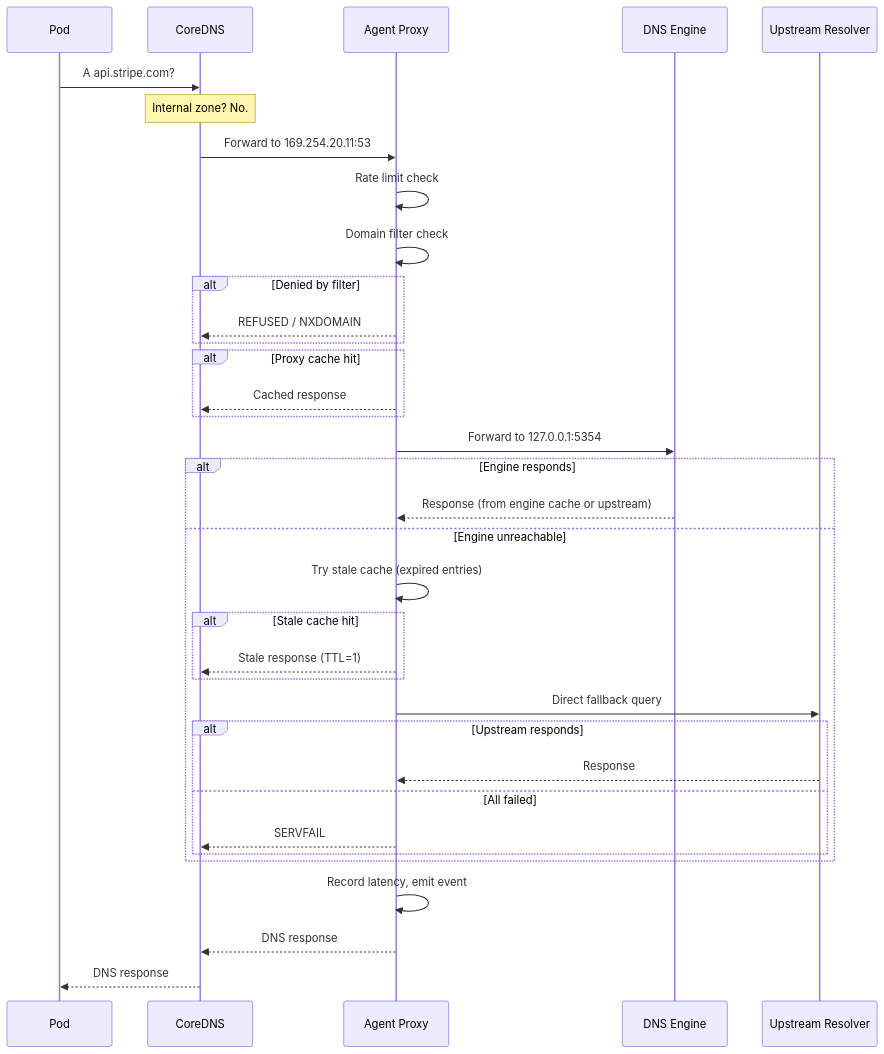
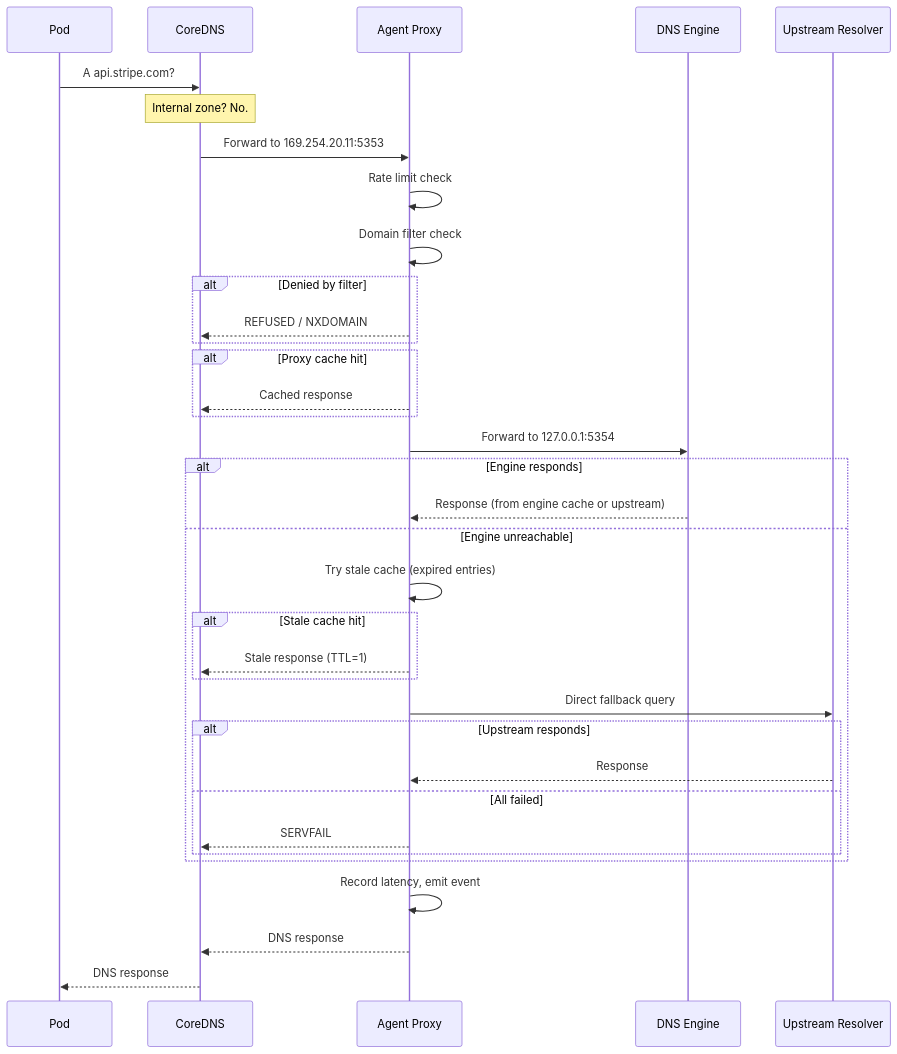
One commit to astradns/astradns-site changed the diagram in docs/en/architecture/data-path.md. Above: the diagram before and after it, drawn with Mermaid. The commit also changed other lines of this file and 47 other files, not shown here.

Commit message:
docs(site): reconcile topology and runbook docs with chart behavior

````diff
--- a/docs/en/architecture/data-path.md
+++ b/docs/en/architecture/data-path.md
@@ -7,38 +7,38 @@
 ```mermaid
 sequenceDiagram
     participant Pod
     participant CoreDNS
     participant Proxy as Agent Proxy
     participant Engine as DNS Engine
     participant Upstream as Upstream Resolver
 
     Pod->>CoreDNS: A api.stripe.com?
     Note over CoreDNS: Internal zone? No.
-    CoreDNS->>Proxy: Forward to 169.254.20.11:53
+    CoreDNS->>Proxy: Forward to 169.254.20.11:5353
     Proxy->>Proxy: Rate limit check
     Proxy->>Proxy: Domain filter check
     alt Denied by filter
         Proxy-->>CoreDNS: REFUSED / NXDOMAIN
     end
     alt Proxy cache hit
         Proxy-->>CoreDNS: Cached response
     end
     Proxy->>Engine: Forward to 127.0.0.1:5354
     alt Engine responds
         Engine-->>Proxy: Response (from engine cache or upstream)
     else Engine unreachable
         Proxy->>Proxy: Try stale cache (expired entries)
         alt Stale cache hit
             Proxy-->>CoreDNS: Stale response (TTL=1)
         end
         Proxy->>Upstream: Direct fallback query
         alt Upstream responds
             Upstream-->>Proxy: Response
         else All failed
             Proxy-->>CoreDNS: SERVFAIL
         end
     end
     Proxy->>Proxy: Record latency, emit event
     Proxy-->>CoreDNS: DNS response
     CoreDNS-->>Pod: DNS response
 ```
````
